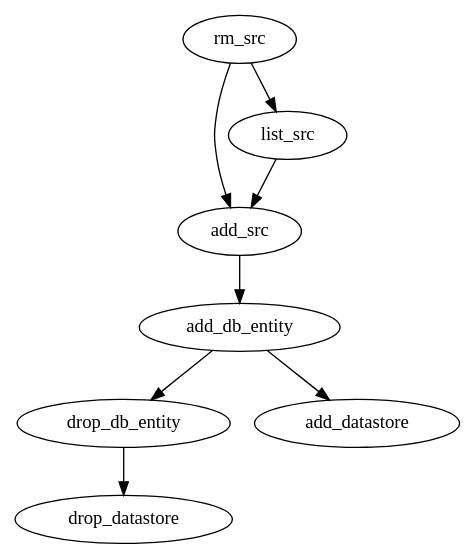
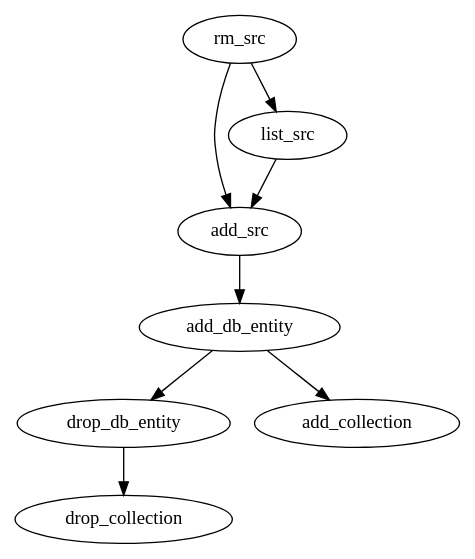
Before and after one commit to hipe/tmx: the diagram in lib/skylab/brazen/doc/test-roadmap.dot, drawn with Graphviz. The commit also changed 68 other files, not shown here.

First line of the commit message:
([br] interlude (2/2): rebrand “datastore” => “collection” (.. 2861))

```diff
--- a/lib/skylab/brazen/doc/test-roadmap.dot
+++ b/lib/skylab/brazen/doc/test-roadmap.dot
@@ -1,15 +1,15 @@
 digraph g {
 
 /* we stopped being test-directed when we started muching with couch.
    sadly it was too taxing on the larger system to deal with unit testing
    relying on an external system like this. however, blah blah */
 
-drop_db_entity -> drop_datastore
+drop_db_entity -> drop_collection
 add_db_entity -> drop_db_entity
 add_src -> add_db_entity
-add_db_entity -> add_datastore
+add_db_entity -> add_collection
 list_src -> add_src
 rm_src -> list_src
 rm_src -> add_src
 
 }
```
